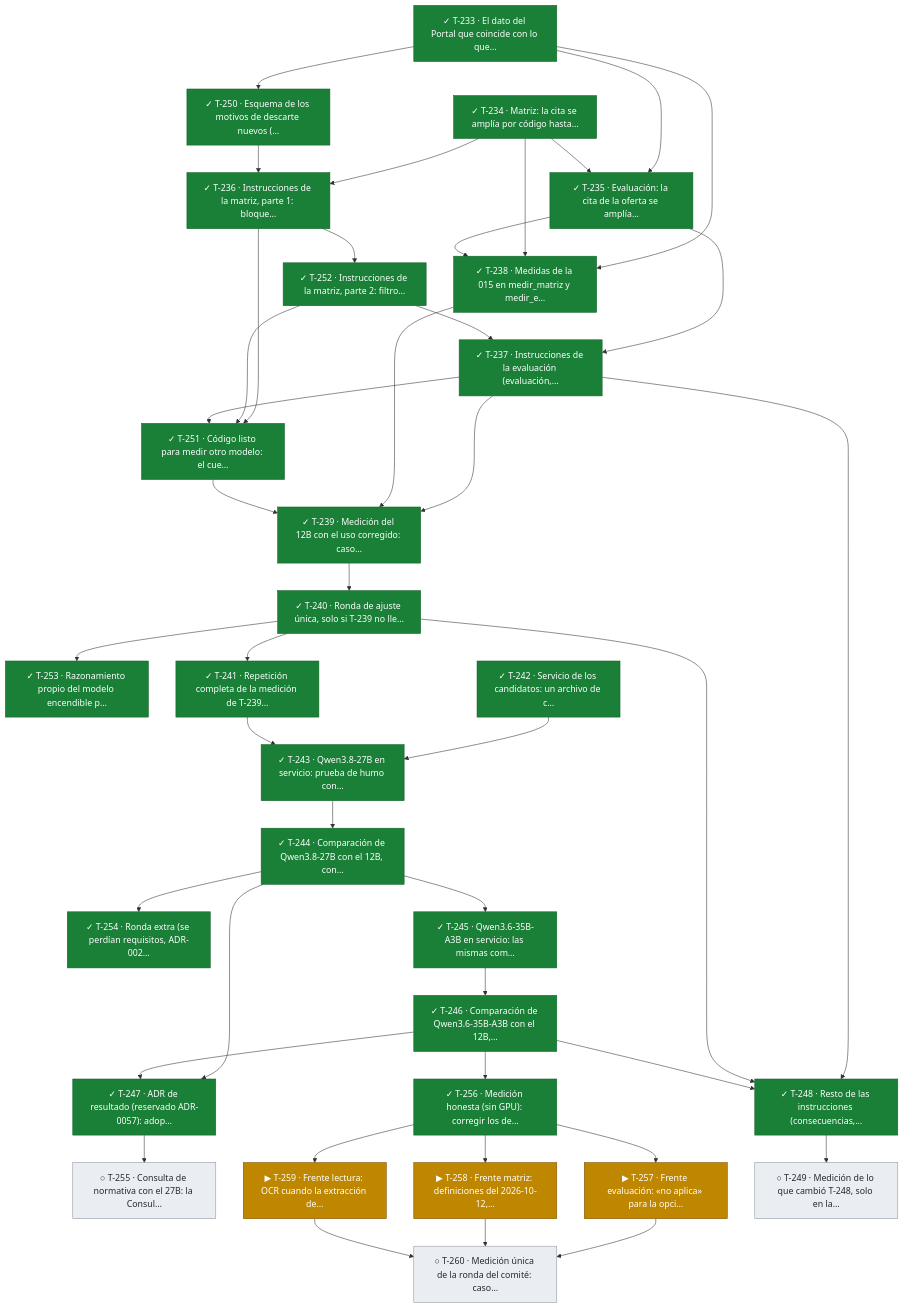
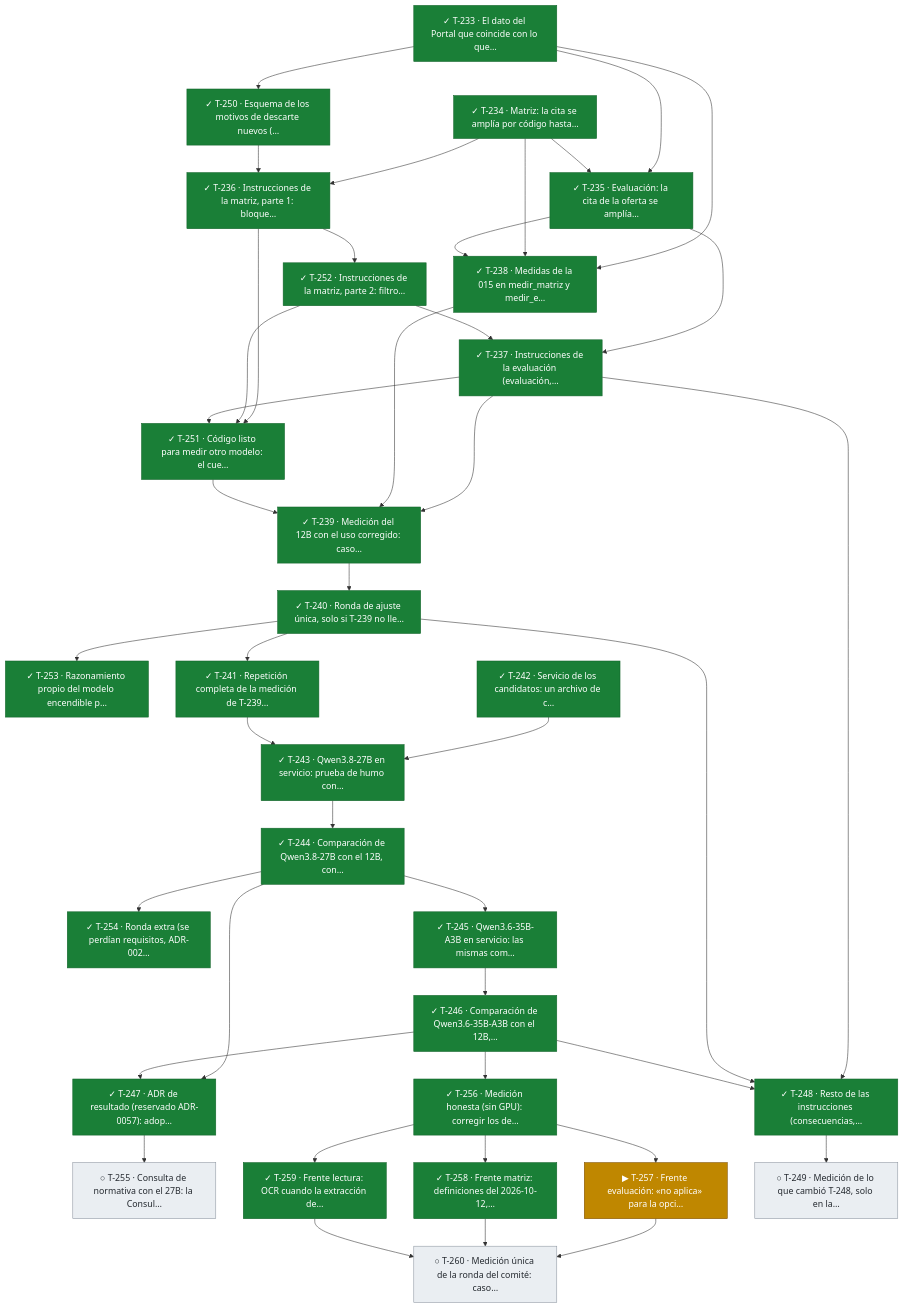
One commit to snavello/EVALUON changed diagram 17 of 17 in docs/tablero.md. Above: the diagram before and after it, drawn with Mermaid. The commit also changed other lines of this file and 1 other file, not shown here.

Commit message:
gestión: integra T-258 (matriz) y T-259 (lectura), verificadas

````diff
--- a/docs/tablero.md
+++ b/docs/tablero.md
@@ -1328,76 +1328,76 @@
 ```mermaid
 flowchart TD
   T233["✓ T-233 · El dato del Portal que coincide con lo que…"]:::done
   T234["✓ T-234 · Matriz: la cita se amplía por código hasta…"]:::done
   T250["✓ T-250 · Esquema de los motivos de descarte nuevos (…"]:::done
   T235["✓ T-235 · Evaluación: la cita de la oferta se amplía…"]:::done
   T236["✓ T-236 · Instrucciones de la matriz, parte 1: bloque…"]:::done
   T252["✓ T-252 · Instrucciones de la matriz, parte 2: filtro…"]:::done
   T253["✓ T-253 · Razonamiento propio del modelo encendible p…"]:::done
   T254["✓ T-254 · Ronda extra (se perdían requisitos, ADR-002…"]:::done
   T255["○ T-255 · Consulta de normativa con el 27B: la Consul…"]:::todo
   T256["✓ T-256 · Medición honesta (sin GPU): corregir los de…"]:::done
   T257["▶ T-257 · Frente evaluación: «no aplica» para la opci…"]:::active
-  T258["▶ T-258 · Frente matriz: definiciones del 2026-10-12,…"]:::active
-  T259["▶ T-259 · Frente lectura: OCR cuando la extracción de…"]:::active
+  T258["✓ T-258 · Frente matriz: definiciones del 2026-10-12,…"]:::done
+  T259["✓ T-259 · Frente lectura: OCR cuando la extracción de…"]:::done
   T260["○ T-260 · Medición única de la ronda del comité: caso…"]:::todo
   T237["✓ T-237 · Instrucciones de la evaluación (evaluación,…"]:::done
   T251["✓ T-251 · Código listo para medir otro modelo: el cue…"]:::done
   T238["✓ T-238 · Medidas de la 015 en medir_matriz y medir_e…"]:::done
   T239["✓ T-239 · Medición del 12B con el uso corregido: caso…"]:::done
   T240["✓ T-240 · Ronda de ajuste única, solo si T-239 no lle…"]:::done
   T241["✓ T-241 · Repetición completa de la medición de T-239…"]:::done
   T242["✓ T-242 · Servicio de los candidatos: un archivo de c…"]:::done
   T243["✓ T-243 · Qwen3.8-27B en servicio: prueba de humo con…"]:::done
   T244["✓ T-244 · Comparación de Qwen3.8-27B con el 12B, con…"]:::done
   T245["✓ T-245 · Qwen3.6-35B-A3B en servicio: las mismas com…"]:::done
   T246["✓ T-246 · Comparación de Qwen3.6-35B-A3B con el 12B,…"]:::done
   T247["✓ T-247 · ADR de resultado (reservado ADR-0057): adop…"]:::done
   T248["✓ T-248 · Resto de las instrucciones (consecuencias,…"]:::done
   T249["○ T-249 · Medición de lo que cambió T-248, solo en la…"]:::todo
   T233 --> T250
   T233 --> T235
   T234 --> T235
   T234 --> T236
   T250 --> T236
   T236 --> T252
   T240 --> T253
   T244 --> T254
   T247 --> T255
   T246 --> T256
   T256 --> T257
   T256 --> T258
   T256 --> T259
   T257 --> T260
   T258 --> T260
   T259 --> T260
   T235 --> T237
   T252 --> T237
   T236 --> T251
   T252 --> T251
   T237 --> T251
   T233 --> T238
   T234 --> T238
   T235 --> T238
   T237 --> T239
   T238 --> T239
   T251 --> T239
   T239 --> T240
   T240 --> T241
   T242 --> T243
   T241 --> T243
   T243 --> T244
   T244 --> T245
   T245 --> T246
   T244 --> T247
   T246 --> T247
   T237 --> T248
   T240 --> T248
   T246 --> T248
   T248 --> T249
   classDef done fill:#1a7f37,stroke:#116329,color:#ffffff
   classDef review fill:#0969da,stroke:#0550ae,color:#ffffff
   classDef active fill:#bf8700,stroke:#7d4e00,color:#ffffff
   classDef blocked fill:#cf222e,stroke:#a40e26,color:#ffffff
   classDef todo fill:#eaeef2,stroke:#8c959f,color:#24292f
 ```
````
